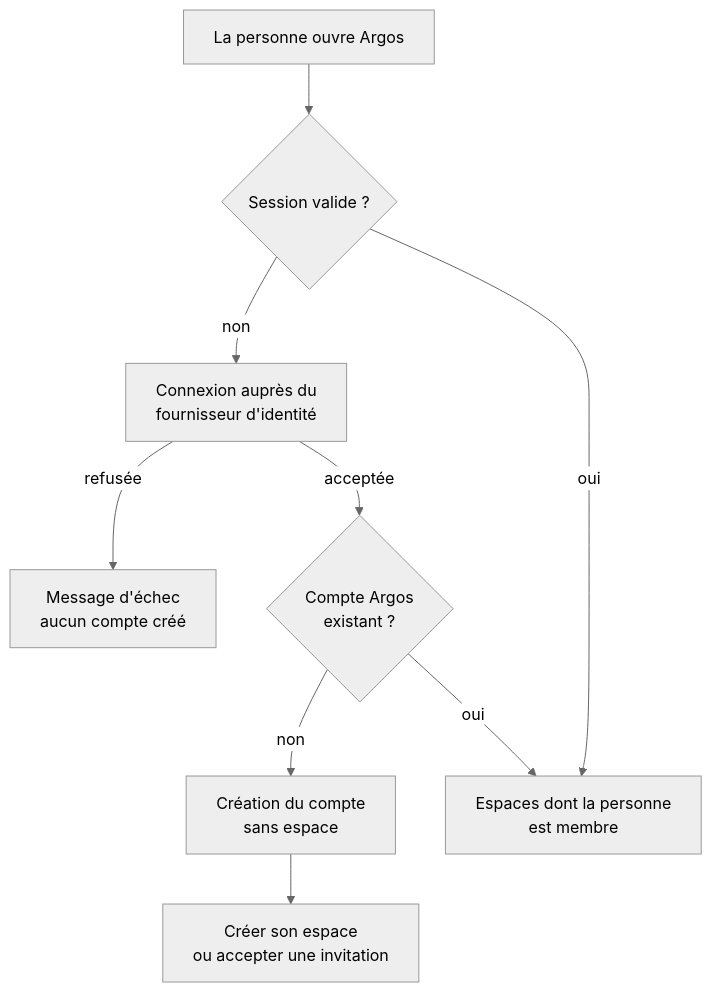
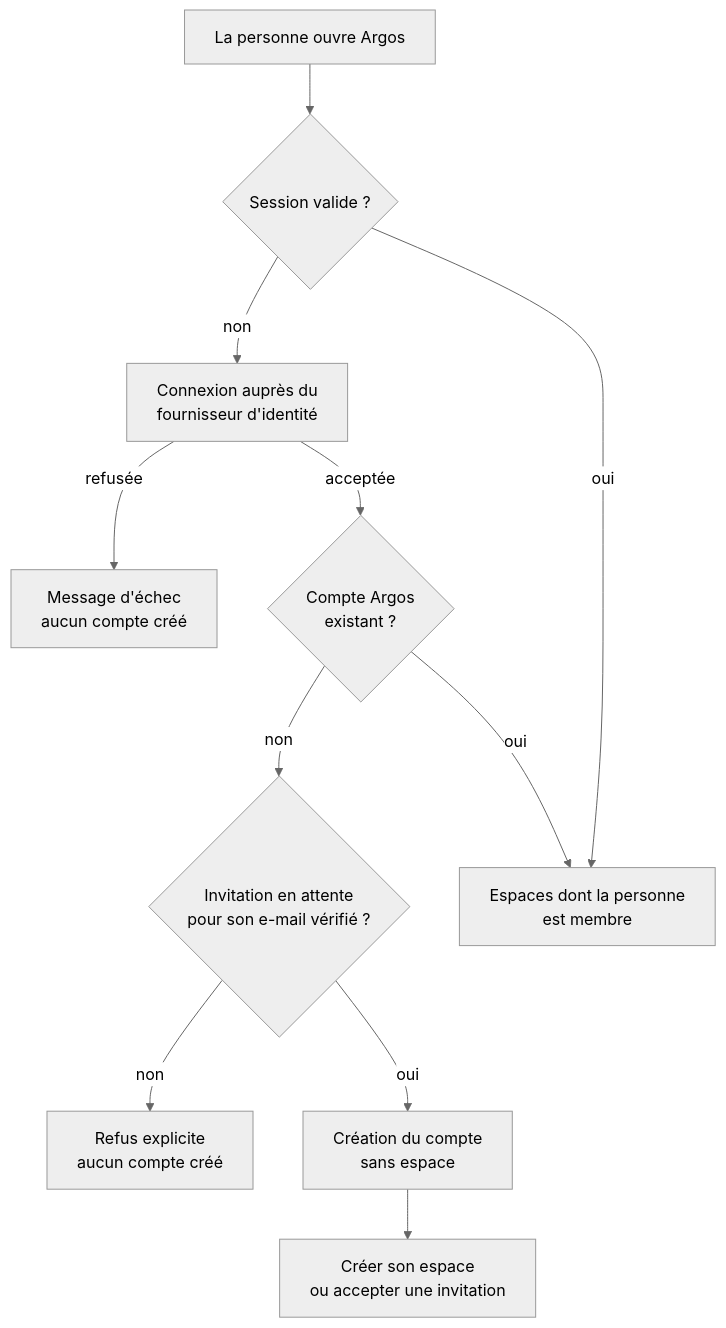
One commit to FTurleque/argos-tech-platform changed the diagram in docs/specifications/comptes-acces.md. Above: the diagram before and after it, drawn with Mermaid (neutral theme). The commit also changed other lines of this file and 10 other files, not shown here.

````diff
--- a/docs/specifications/comptes-acces.md
+++ b/docs/specifications/comptes-acces.md
@@ -80,11 +87,13 @@
 ```mermaid
 flowchart TD
     A["La personne ouvre Argos"] --> B{"Session valide ?"}
     B -- "non" --> C["Connexion auprès du<br/>fournisseur d'identité"]
     C -- "refusée" --> D["Message d'échec<br/>aucun compte créé"]
     C -- "acceptée" --> E{"Compte Argos<br/>existant ?"}
-    E -- "non" --> F["Création du compte<br/>sans espace"]
+    E -- "non" --> I{"Invitation en attente<br/>pour son e-mail vérifié ?"}
+    I -- "non" --> J["Refus explicite<br/>aucun compte créé"]
+    I -- "oui" --> F["Création du compte<br/>sans espace"]
     E -- "oui" --> G["Espaces dont la personne<br/>est membre"]
     F --> H["Créer son espace<br/>ou accepter une invitation"]
     B -- "oui" --> G
 ```
````
